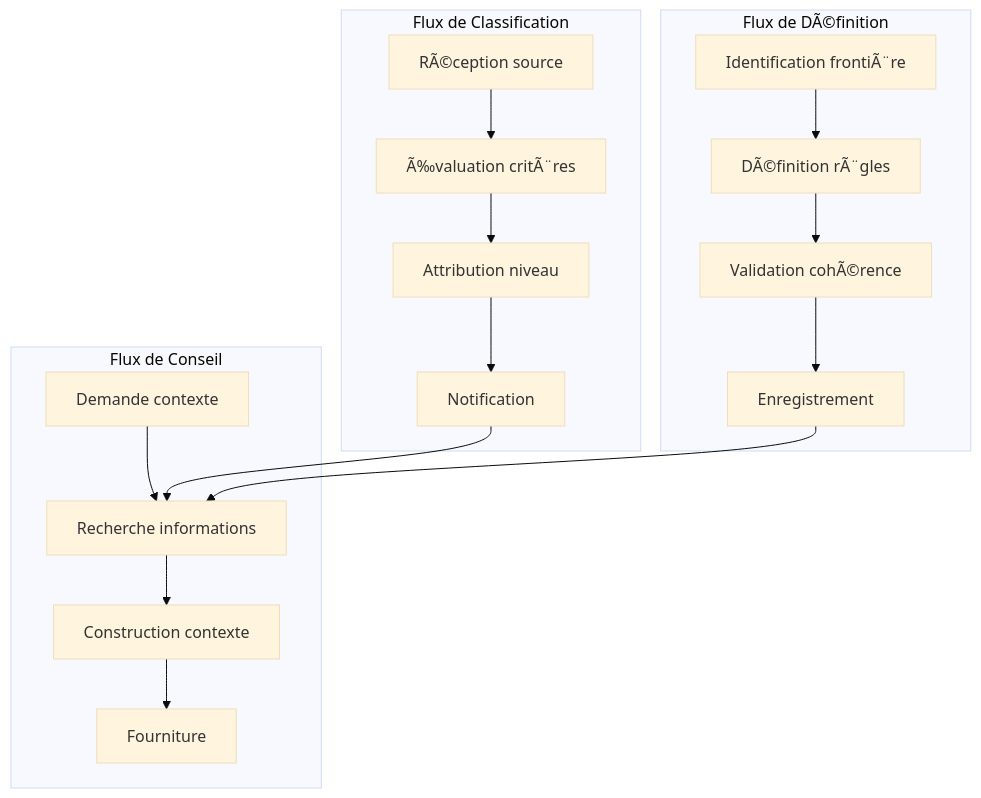
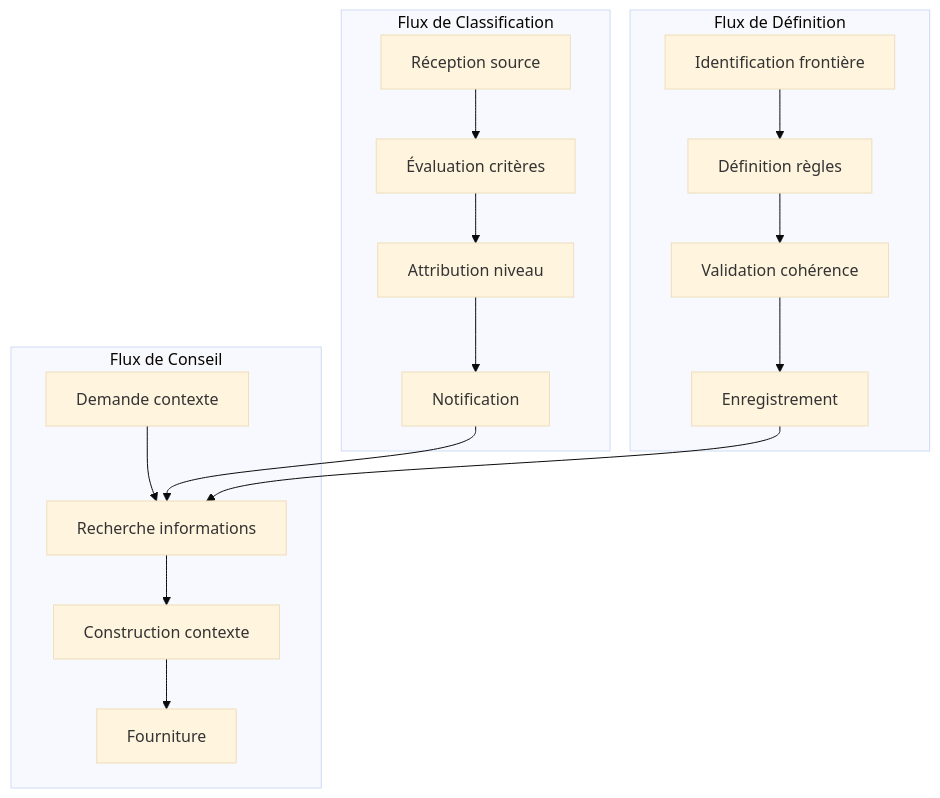
One commit to StudioMiyukini/miyukini_cog changed the second of 5 diagrams in docs/cores/BorderGuard/architecture/Border Guard - Architecture & Flows.md. Above: the diagram before and after it, drawn with Mermaid (base theme). The commit also changed other lines of this file and 564 other files, not shown here.

````diff
--- a/docs/cores/BorderGuard/architecture/Border Guard - Architecture & Flows.md
+++ b/docs/cores/BorderGuard/architecture/Border Guard - Architecture & Flows.md
@@ -159,30 +159,30 @@
 ```mermaid
 graph TB
     subgraph FluxClass[Flux de Classification]
-        CL1[RÃ©ception source]
-        CL2[Ã‰valuation critÃ¨res]
+        CL1[Réception source]
+        CL2[Évaluation critères]
         CL3[Attribution niveau]
         CL4[Notification]
     end
 
-    subgraph FluxDef[Flux de DÃ©finition]
-        DF1[Identification frontiÃ¨re]
-        DF2[DÃ©finition rÃ¨gles]
-        DF3[Validation cohÃ©rence]
+    subgraph FluxDef[Flux de Définition]
+        DF1[Identification frontière]
+        DF2[Définition règles]
+        DF3[Validation cohérence]
         DF4[Enregistrement]
     end
 
     subgraph FluxCons[Flux de Conseil]
         CO1[Demande contexte]
         CO2[Recherche informations]
         CO3[Construction contexte]
         CO4[Fourniture]
     end
 
     CL1 --> CL2 --> CL3 --> CL4
     DF1 --> DF2 --> DF3 --> DF4
     CO1 --> CO2 --> CO3 --> CO4
 
     CL4 --> CO2
     DF4 --> CO2
 ```
````
